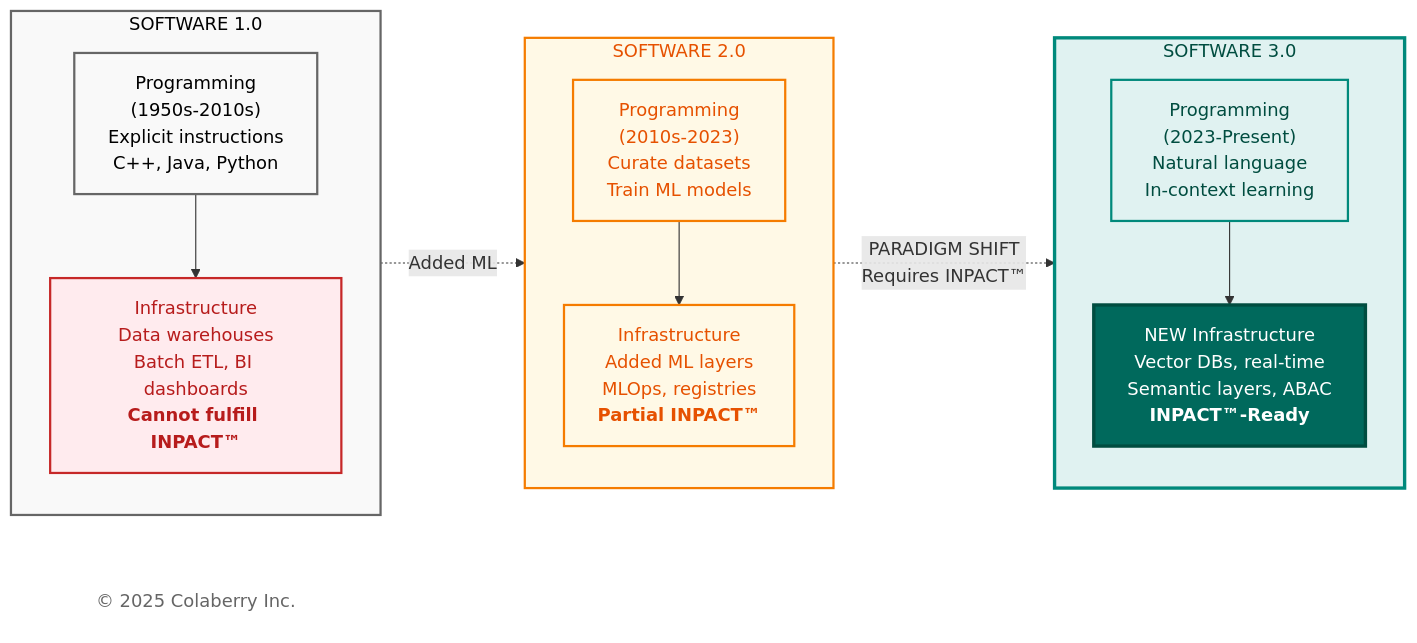
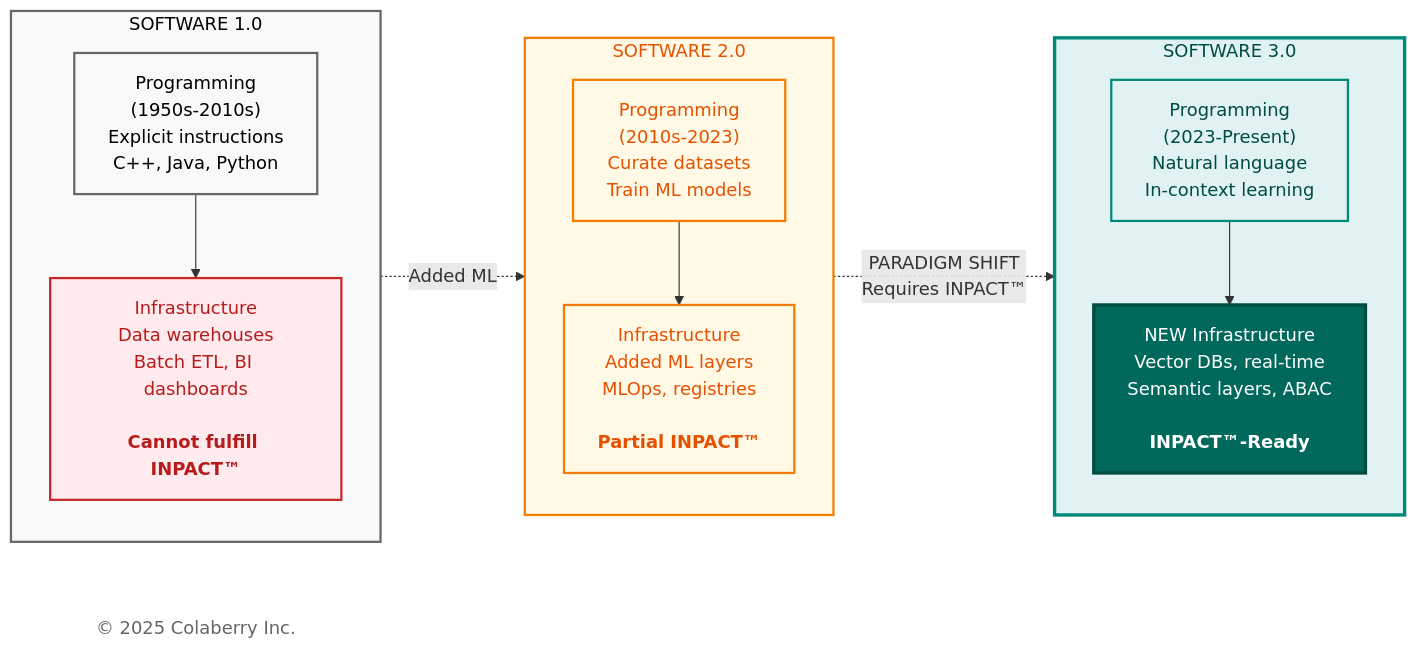
One commit to colaberry/trust-before-intelligence-book changed the third of 6 diagrams in manuscript/02_chapter_1_why_agents_fail_v3_1.md. Above: the diagram before and after it, drawn with Mermaid.

Commit message:
fixing emojis of diagram 2
fixing emojis of diagram 2

````diff
--- a/manuscript/02_chapter_1_why_agents_fail_v3_1.md
+++ b/manuscript/02_chapter_1_why_agents_fail_v3_1.md
@@ -427,38 +427,38 @@
 ```mermaid
 
 graph LR
     subgraph sw1["SOFTWARE 1.0"]
         direction TB
         prog1["Programming<br/>(1950s-2010s)<br/>Explicit instructions<br/>C++, Java, Python"]
-        infra1["Infrastructure<br/>Data warehouses<br/>Batch ETL, BI dashboards<br/><b>Cannot fulfill INPACT™"</b>]
+        infra1["Infrastructure<br/>Data warehouses<br/>Batch ETL, BI dashboards<br/><br/><b>Cannot fulfill INPACT™"</b>]
         prog1 --> infra1
     end
     subgraph sw2["SOFTWARE 2.0"]
         direction TB
         prog2["Programming<br/>(2010s-2023)<br/>Curate datasets<br/>Train ML models"]
-        infra2["Infrastructure<br/>Added ML layers<br/>MLOps, registries<br/><b>Partial INPACT™"</b>]
+        infra2["Infrastructure<br/>Added ML layers<br/>MLOps, registries<br/><br/><b>Partial INPACT™"</b>]
         prog2 --> infra2
     end
     subgraph sw3["SOFTWARE 3.0"]
         direction TB
         prog3["Programming<br/>(2023-Present)<br/>Natural language<br/>In-context learning"]
-        infra3["NEW Infrastructure<br/>Vector DBs, real-time<br/>Semantic layers, ABAC<br/><b>INPACT™-Ready</b>"]
+        infra3["NEW Infrastructure<br/>Vector DBs, real-time<br/>Semantic layers, ABAC<br/><br/><b>INPACT™-Ready</b>"]
         prog3 --> infra3
     end
     sw1 -.->|"Added ML"| sw2
     sw2 -.->|"PARADIGM SHIFT<br/>Requires INPACT™"| sw3
     
     Copyright["© 2025 Colaberry Inc."]
     
     style sw1 fill:#f9f9f9,stroke:#666666,stroke-width:2px,color:#000000
     style sw2 fill:#fff9e6,stroke:#f57c00,stroke-width:2px,color:#e65100
     style sw3 fill:#e0f2f1,stroke:#00897b,stroke-width:3px,color:#004d40
     style prog1 fill:#f9f9f9,stroke:#666666,stroke-width:2px,color:#000000
     style infra1 fill:#ffebee,stroke:#c62828,stroke-width:2px,color:#b71c1c
     style prog2 fill:#fff9e6,stroke:#f57c00,stroke-width:2px,color:#e65100
     style infra2 fill:#fff9e6,stroke:#f57c00,stroke-width:2px,color:#e65100
     style prog3 fill:#e0f2f1,stroke:#00897b,stroke-width:2px,color:#004d40
     style infra3 fill:#00695c,color:#ffffff,stroke:#004d40,stroke-width:3px
     style Copyright fill:#ffffff,stroke:none,color:#666666
 
 ```
````
